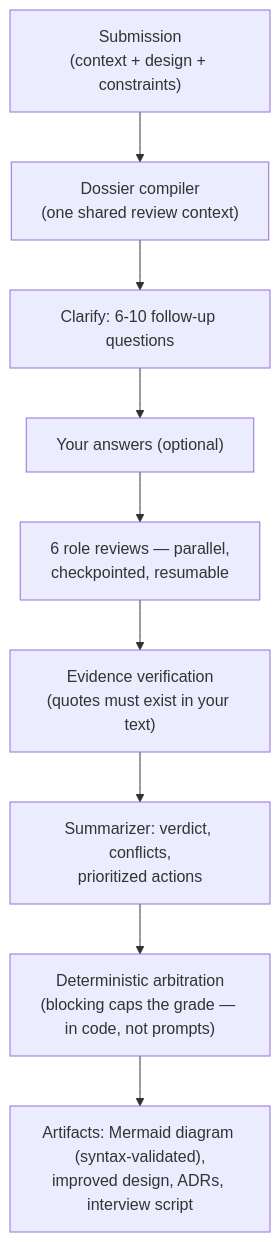
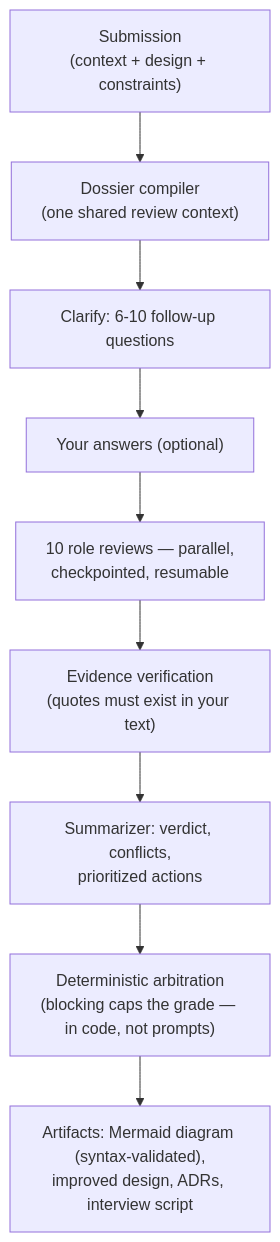
The diagram in README.md (jindawn/archcoach), drawn with Mermaid before and after one commit. The commit also changed 11 other files, not shown here.

````diff
--- a/README.md
+++ b/README.md
@@ -75,11 +75,11 @@
 ```mermaid
 flowchart TB
     A["Submission<br/>(context + design + constraints)"] --> B["Dossier compiler<br/>(one shared review context)"]
     B --> C["Clarify: 6-10 follow-up questions"]
     C --> D["Your answers (optional)"]
-    D --> E["6 role reviews — parallel,<br/>checkpointed, resumable"]
+    D --> E["10 role reviews — parallel,<br/>checkpointed, resumable"]
     E --> F["Evidence verification<br/>(quotes must exist in your text)"]
     F --> G["Summarizer: verdict, conflicts,<br/>prioritized actions"]
     G --> H["Deterministic arbitration<br/>(blocking caps the grade — in code, not prompts)"]
     H --> I["Artifacts: Mermaid diagram (syntax-validated),<br/>improved design, ADRs, interview script"]
 ```
````
